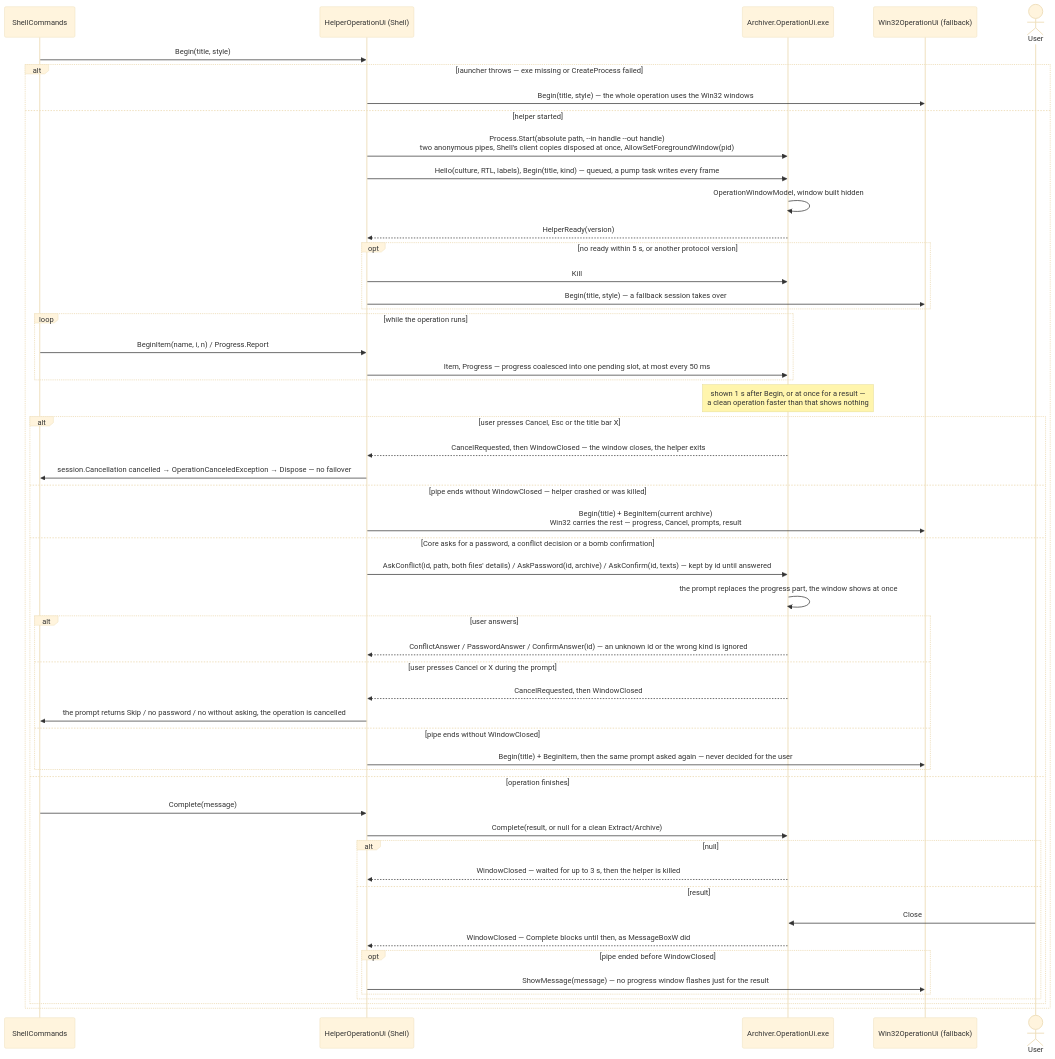
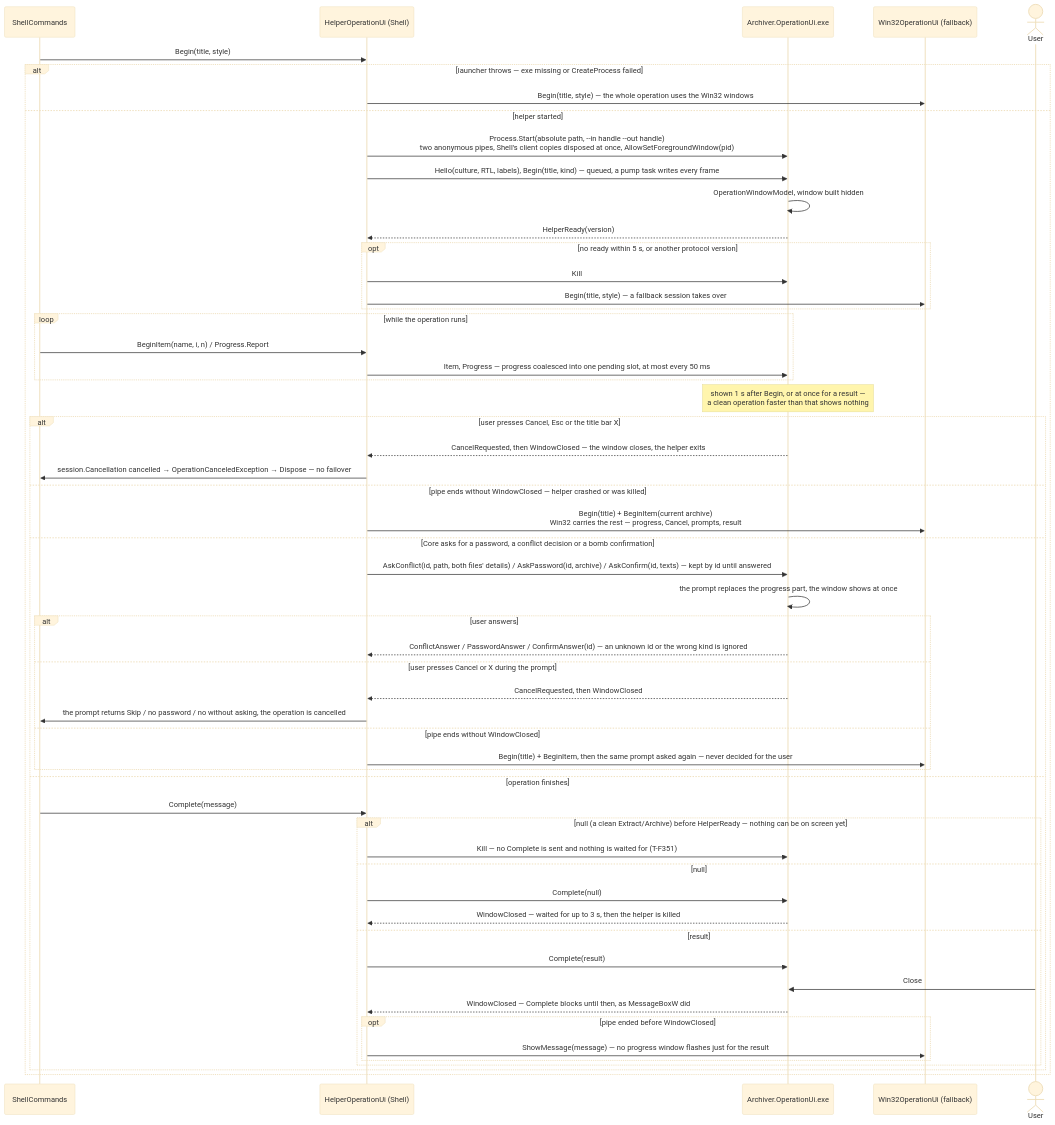
One commit to pakkoapp-oss/pakko changed the ninth of 10 diagrams in docs/DIAGRAMS.md. Above: the diagram before and after it, drawn with Mermaid (base theme). The commit also changed 2 other files, not shown here.

Commit message:
docs: the helper sequence diagram shows the early end (T-F351); test plan lists the T-F350/T-F351 tests
Claude-Session: https://claude.ai/code/session_01BCiFN9XarE1rjwPyYk6PYG

````diff
--- a/docs/DIAGRAMS.md
+++ b/docs/DIAGRAMS.md
@@ -1026,56 +1026,59 @@
 ```mermaid
 sequenceDiagram
     participant Cmd as ShellCommands
     participant HUI as HelperOperationUi (Shell)
     participant H as Archiver.OperationUi.exe
     participant W as Win32OperationUi (fallback)
     actor User
 
     Cmd->>HUI: Begin(title, style)
     alt launcher throws — exe missing or CreateProcess failed
         HUI->>W: Begin(title, style) — the whole operation uses the Win32 windows
     else helper started
         HUI->>H: Process.Start(absolute path, --in handle --out handle)<br/>two anonymous pipes, Shell's client copies disposed at once, AllowSetForegroundWindow(pid)
         HUI->>H: Hello(culture, RTL, labels), Begin(title, kind) — queued, a pump task writes every frame
         H->>H: OperationWindowModel, window built hidden
         H-->>HUI: HelperReady(version)
         opt no ready within 5 s, or another protocol version
             HUI->>H: Kill
             HUI->>W: Begin(title, style) — a fallback session takes over
         end
         loop while the operation runs
             Cmd->>HUI: BeginItem(name, i, n) / Progress.Report
             HUI->>H: Item, Progress — progress coalesced into one pending slot, at most every 50 ms
         end
         Note over H: shown 1 s after Begin, or at once for a result —<br/>a clean operation faster than that shows nothing
         alt user presses Cancel, Esc or the title bar X
             H-->>HUI: CancelRequested, then WindowClosed — the window closes, the helper exits
             HUI->>Cmd: session.Cancellation cancelled → OperationCanceledException → Dispose — no failover
         else pipe ends without WindowClosed — helper crashed or was killed
             HUI->>W: Begin(title) + BeginItem(current archive)<br/>Win32 carries the rest — progress, Cancel, prompts, result
         else Core asks for a password, a conflict decision or a bomb confirmation
             HUI->>H: AskConflict(id, path, both files' details) / AskPassword(id, archive) / AskConfirm(id, texts) — kept by id until answered
             H->>H: the prompt replaces the progress part, the window shows at once
             alt user answers
                 H-->>HUI: ConflictAnswer / PasswordAnswer / ConfirmAnswer(id) — an unknown id or the wrong kind is ignored
             else user presses Cancel or X during the prompt
                 H-->>HUI: CancelRequested, then WindowClosed
                 HUI->>Cmd: the prompt returns Skip / no password / no without asking, the operation is cancelled
             else pipe ends without WindowClosed
                 HUI->>W: Begin(title) + BeginItem, then the same prompt asked again — never decided for the user
             end
         else operation finishes
             Cmd->>HUI: Complete(message)
-            HUI->>H: Complete(result, or null for a clean Extract/Archive)
-            alt null
+            alt null (a clean Extract/Archive) before HelperReady — nothing can be on screen yet
+                HUI->>H: Kill — no Complete is sent and nothing is waited for (T-F351)
+            else null
+                HUI->>H: Complete(null)
                 H-->>HUI: WindowClosed — waited for up to 3 s, then the helper is killed
             else result
+                HUI->>H: Complete(result)
                 User->>H: Close
                 H-->>HUI: WindowClosed — Complete blocks until then, as MessageBoxW did
                 opt pipe ended before WindowClosed
                     HUI->>W: ShowMessage(message) — no progress window flashes just for the result
                 end
             end
         end
     end
 ```
````
